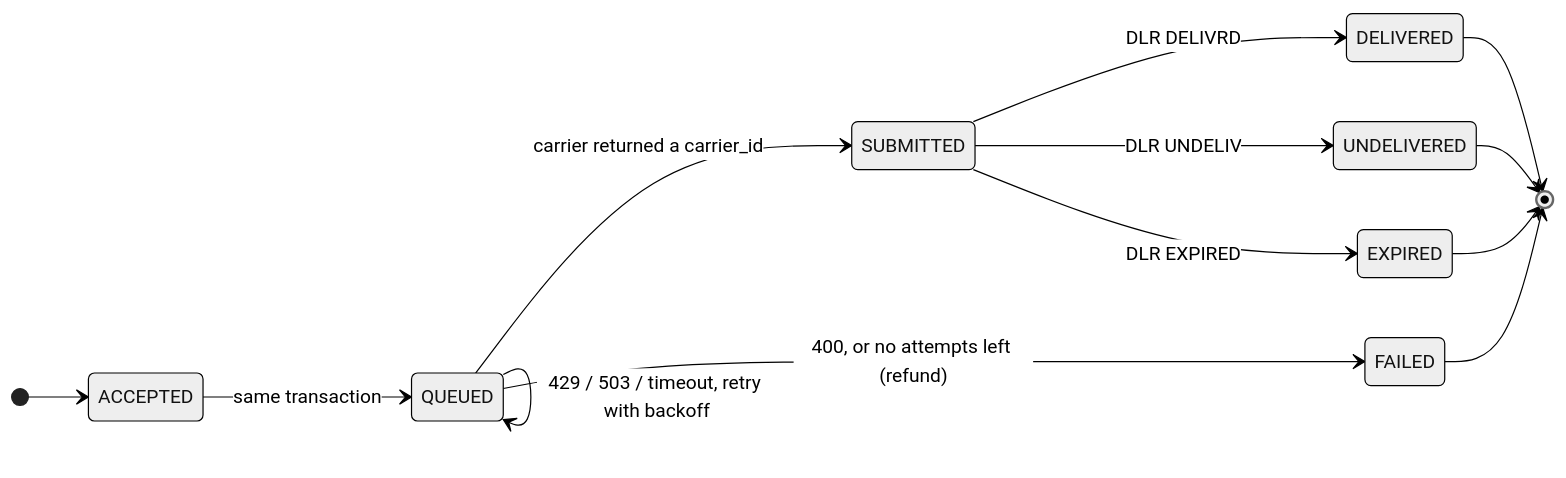
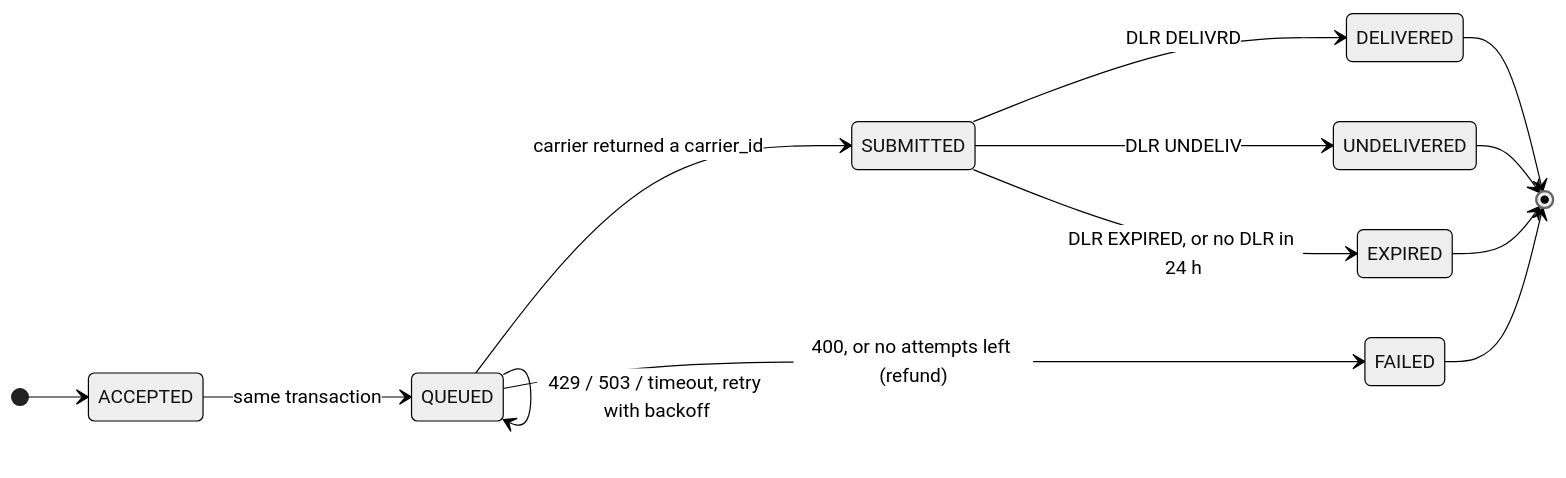
One commit to MicoleKurt/mini-sms-gateway changed the second of 2 diagrams in README.md. Above: the diagram before and after it, drawn with Mermaid (neutral theme). The commit also changed other lines of this file and 2 other files, not shown here.

````diff
--- a/README.md
+++ b/README.md
@@ -95,16 +95,16 @@
 ```mermaid
 stateDiagram-v2
     direction LR
     [*] --> ACCEPTED
     ACCEPTED --> QUEUED: same transaction
     QUEUED --> SUBMITTED: carrier returned a carrier_id
     QUEUED --> QUEUED: 429 / 503 / timeout, retry with backoff
     QUEUED --> FAILED: 400, or no attempts left (refund)
     SUBMITTED --> DELIVERED: DLR DELIVRD
     SUBMITTED --> UNDELIVERED: DLR UNDELIV
-    SUBMITTED --> EXPIRED: DLR EXPIRED
+    SUBMITTED --> EXPIRED: DLR EXPIRED, or no DLR in 24 h
     DELIVERED --> [*]
     UNDELIVERED --> [*]
     EXPIRED --> [*]
     FAILED --> [*]
 ```
````
